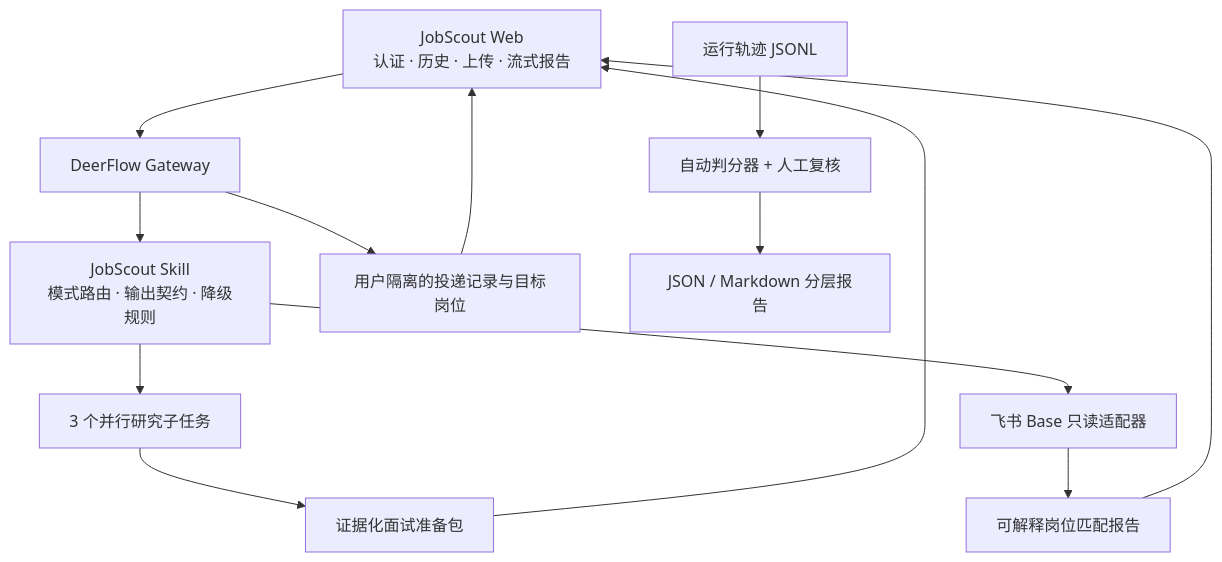
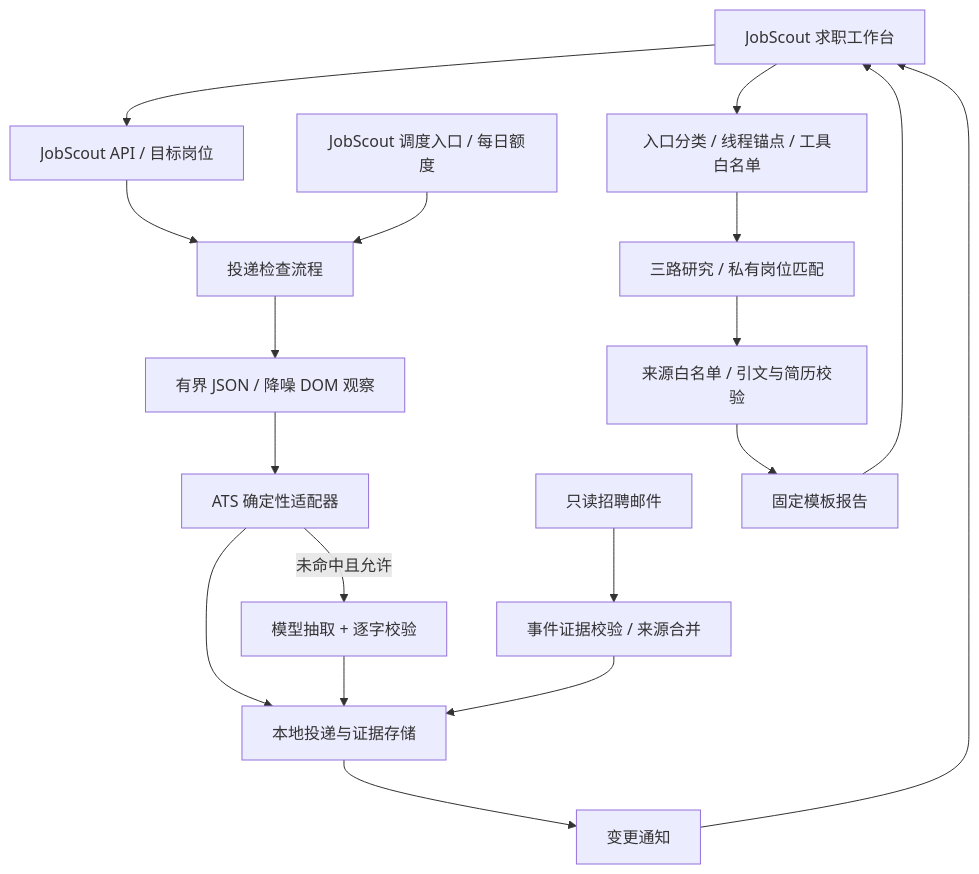
Before and after one commit to Funkierry/JobScout: the diagram in README.md, drawn with Mermaid. The commit also changed other lines of this file and 4 other files, not shown here.

````diff
--- a/README.md
+++ b/README.md
@@ -145,15 +40,20 @@
 ```mermaid
 flowchart TB
-    UI[JobScout Web<br/>认证 · 历史 · 上传 · 流式报告] --> GW[DeerFlow Gateway]
-    GW --> SKILL[JobScout Skill<br/>模式路由 · 输出契约 · 降级规则]
-    SKILL --> TASKS[3 个并行研究子任务]
-    SKILL --> BASE[飞书 Base 只读适配器]
-    TASKS --> REPORT[证据化面试准备包]
-    BASE --> MATCH[可解释岗位匹配报告]
-    GW --> TRACKER[用户隔离的投递记录与目标岗位]
-    REPORT --> UI
-    MATCH --> UI
-    TRACKER --> UI
-    TRACE[运行轨迹 JSONL] --> GRADER[自动判分器 + 人工复核]
-    GRADER --> DASH[JSON / Markdown 分层报告]
+    UI[JobScout 求职工作台] --> API[JobScout API / 目标岗位]
+    API --> T[投递检查流程]
+    T --> O[有界 JSON / 降噪 DOM 观察]
+    O --> A[ATS 确定性适配器]
+    A -->|未命中且允许| L[模型抽取 + 逐字校验]
+    A --> S[本地投递与证据存储]
+    L --> S
+    M[只读招聘邮件] --> E[事件证据校验 / 来源合并]
+    E --> S
+    Q[JobScout 调度入口 / 每日额度] --> T
+    S --> N[变更通知]
+    N --> UI
+    UI --> I[入口分类 / 线程锚点 / 工具白名单]
+    I --> R[三路研究 / 私有岗位匹配]
+    R --> V[来源白名单 / 引文与简历校验]
+    V --> D[固定模板报告]
+    D --> UI
 ```
````
